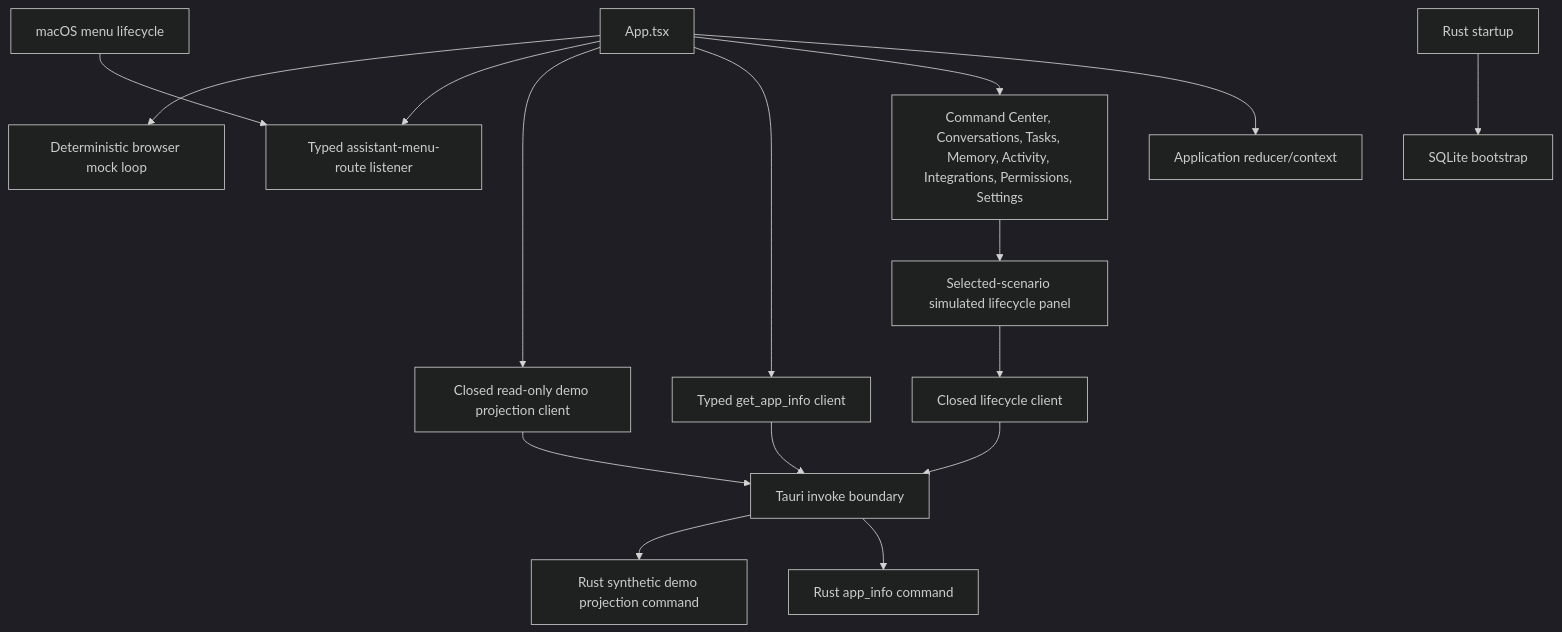
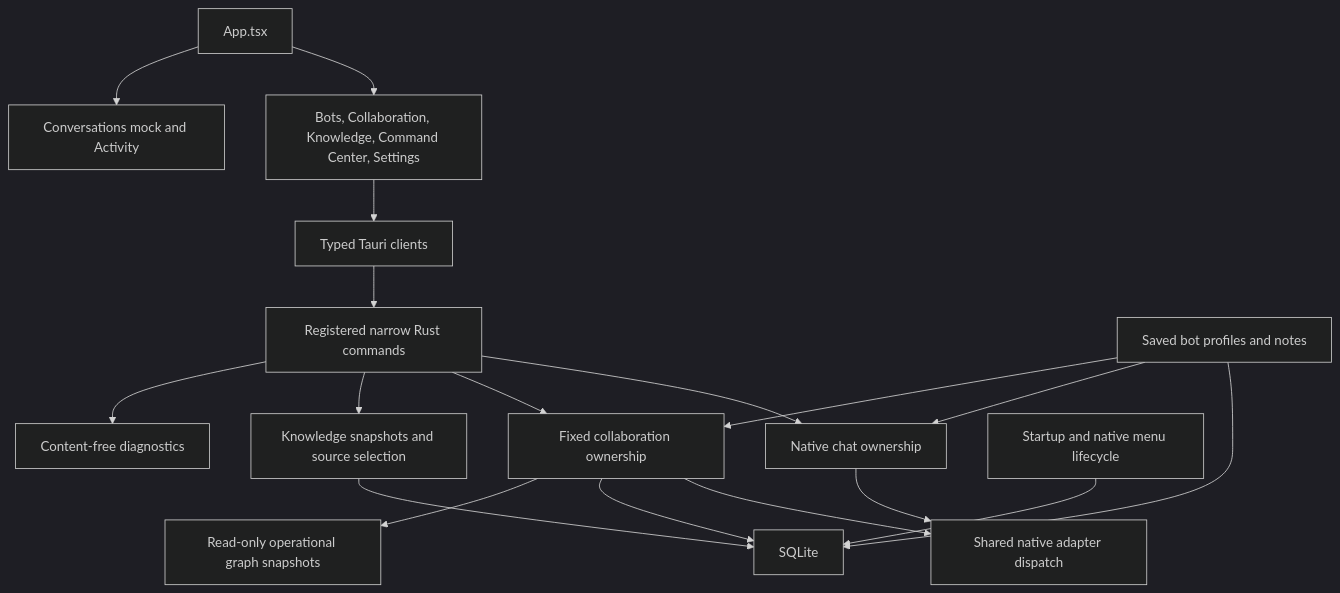
The second of 6 diagrams in ARCHITECTURE.md (SillyRbbit/ai-agent-assistant), drawn with Mermaid (dark theme) before and after one commit. The commit also changed other lines of this file and 18 other files, not shown here.

````diff
--- a/ARCHITECTURE.md
+++ b/ARCHITECTURE.md
@@ -1062,18 +1076,20 @@
 ```mermaid
 flowchart TD
-    App["App.tsx"] --> State["Application reducer/context"]
-    App --> Pages["Command Center, Conversations, Tasks, Memory, Activity, Integrations, Permissions, Settings"]
-    App --> InfoClient["Typed get_app_info client"]
-    App --> DemoProjectionClient["Closed read-only demo projection client"]
-    Pages --> LifecyclePanel["Selected-scenario simulated lifecycle panel"]
-    LifecyclePanel --> LifecycleClient["Closed lifecycle client"]
-    LifecycleClient --> IPC
-    App --> MenuClient["Typed assistant-menu-route listener"]
-    InfoClient --> IPC["Tauri invoke boundary"]
-    DemoProjectionClient --> IPC
-    IPC --> Info["Rust app_info command"]
-    IPC --> DemoProjection["Rust synthetic demo projection command"]
-    Menu["macOS menu lifecycle"] --> MenuClient
-    Startup["Rust startup"] --> Storage["SQLite bootstrap"]
-    App --> Mock["Deterministic browser mock loop"]
+    App["App.tsx"] --> Pages["Bots, Collaboration, Knowledge, Command Center, Settings"]
+    App --> Mock["Conversations mock and Activity"]
+    Pages --> Clients["Typed Tauri clients"]
+    Clients --> IPC["Registered narrow Rust commands"]
+    IPC --> Chat["Native chat ownership"]
+    IPC --> Workflow["Fixed collaboration ownership"]
+    IPC --> Knowledge["Knowledge snapshots and source selection"]
+    IPC --> Diagnostics["Content-free diagnostics"]
+    Chat --> Dispatch["Shared native adapter dispatch"]
+    Workflow --> Dispatch
+    Workflow --> Storage["SQLite"]
+    Knowledge --> Storage
+    Profiles["Saved bot profiles and notes"] --> Storage
+    Profiles --> Chat
+    Profiles --> Workflow
+    Startup["Startup and native menu lifecycle"] --> Storage
+    Workflow --> Projection["Read-only operational graph snapshots"]
 ```
````
